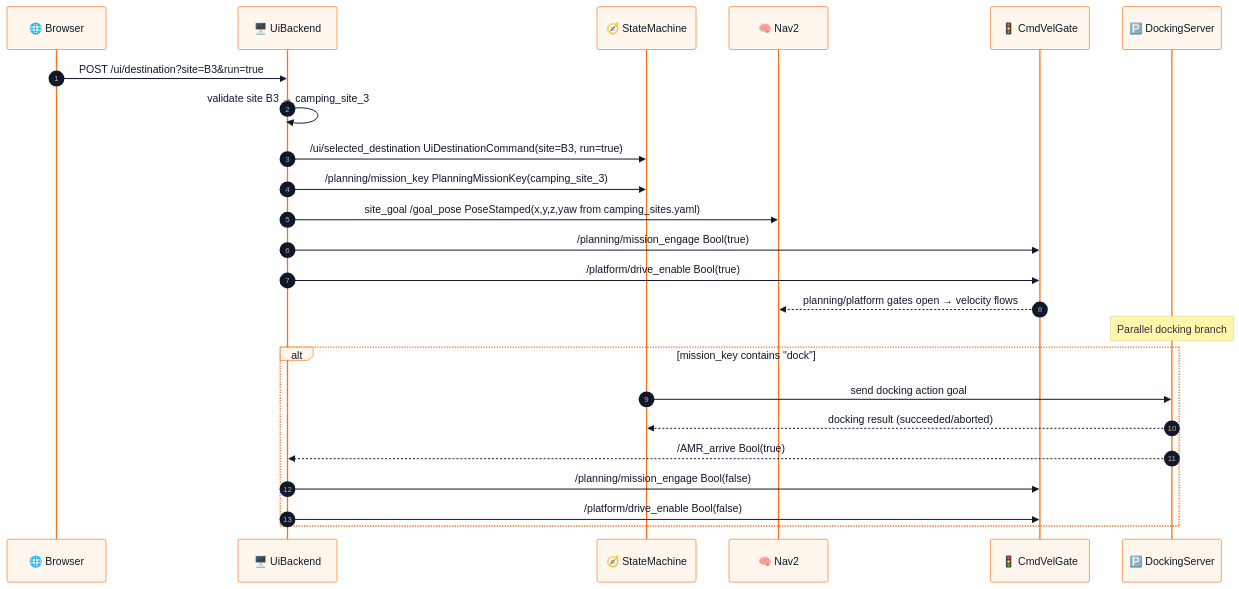
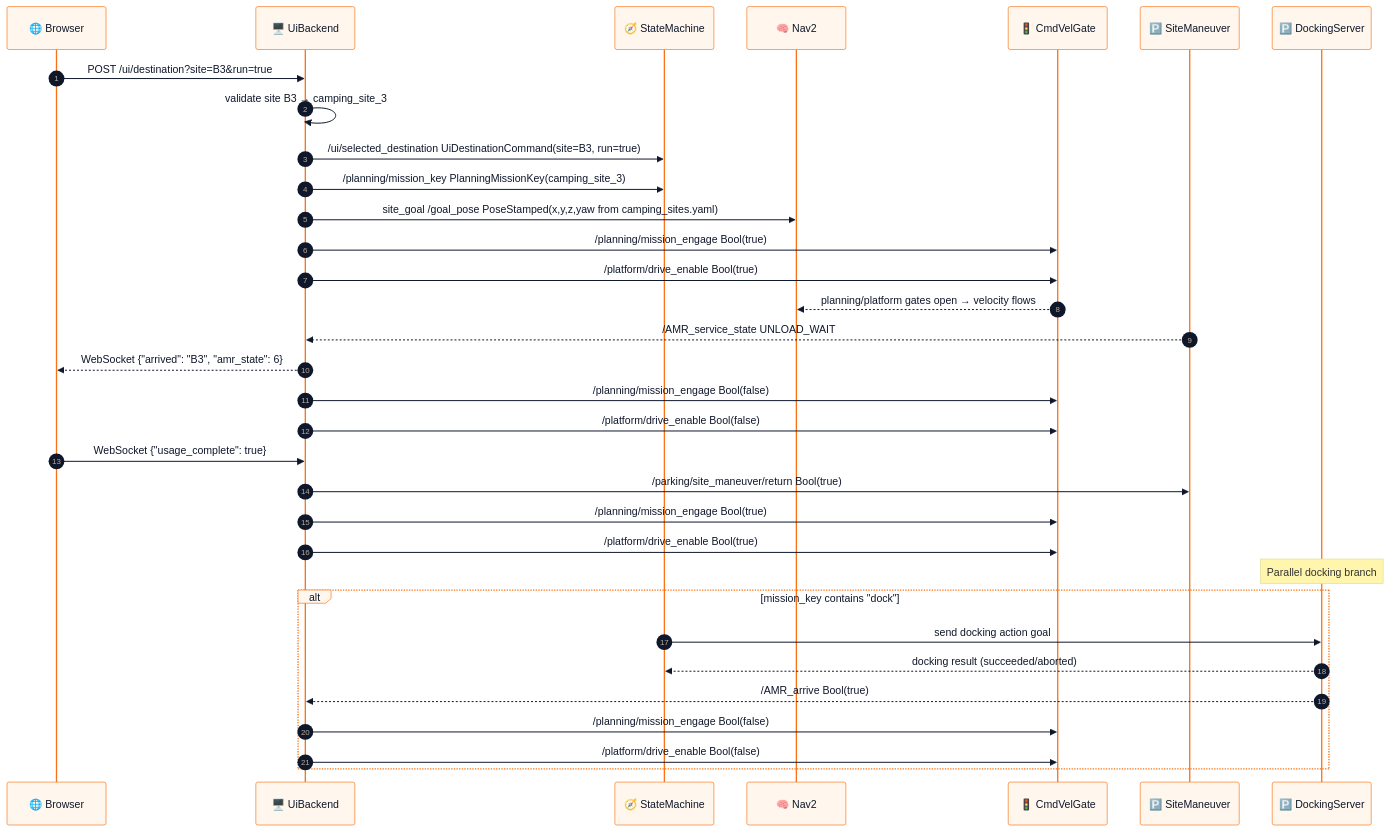
One commit to hwanhonglee/CAMROD changed the third of 5 diagrams in camrod_ui/README.md. Above: the diagram before and after it, drawn with Mermaid. The commit also changed 39 other files, not shown here.

Commit message:
ui: fix campsite return flow and sync configs

````diff
--- a/camrod_ui/README.md
+++ b/camrod_ui/README.md
@@ -127,29 +127,38 @@
 ```mermaid
 %%{init: {'theme': 'base', 'themeVariables': {'fontFamily': 'ui-sans-serif, system-ui, sans-serif', 'fontSize': '14px', 'primaryColor': '#FFF7ED', 'primaryTextColor': '#0F172A', 'primaryBorderColor': '#F97316', 'lineColor': '#475569'}}}%%
 sequenceDiagram
   autonumber
   participant Browser as 🌐 Browser
   participant Backend as 🖥️ UiBackend
   participant SM as 🧭 StateMachine
   participant Nav2 as 🧠 Nav2
   participant Gate as 🚦 CmdVelGate
+  participant Parking as 🅿️ SiteManeuver
   participant Dock as 🅿️ DockingServer
 
   Browser->>Backend: POST /ui/destination?site=B3&run=true
   Backend->>Backend: validate site B3 → camping_site_3
   Backend->>SM: /ui/selected_destination UiDestinationCommand(site=B3, run=true)
   Backend->>SM: /planning/mission_key PlanningMissionKey(camping_site_3)
   Backend->>Nav2: site_goal /goal_pose PoseStamped(x,y,z,yaw from camping_sites.yaml)
   Backend->>Gate: /planning/mission_engage Bool(true)
   Backend->>Gate: /platform/drive_enable Bool(true)
   Gate-->>Nav2: planning/platform gates open → velocity flows
+  Parking-->>Backend: /AMR_service_state UNLOAD_WAIT
+  Backend-->>Browser: WebSocket {"arrived": "B3", "amr_state": 6}
+  Backend->>Gate: /planning/mission_engage Bool(false)
+  Backend->>Gate: /platform/drive_enable Bool(false)
+  Browser->>Backend: WebSocket {"usage_complete": true}
+  Backend->>Parking: /parking/site_maneuver/return Bool(true)
+  Backend->>Gate: /planning/mission_engage Bool(true)
+  Backend->>Gate: /platform/drive_enable Bool(true)
 
   Note over Dock: Parallel docking branch
   alt mission_key contains "dock"
     SM->>Dock: send docking action goal
     Dock-->>SM: docking result (succeeded/aborted)
     Dock-->>Backend: /AMR_arrive Bool(true)
     Backend->>Gate: /planning/mission_engage Bool(false)
     Backend->>Gate: /platform/drive_enable Bool(false)
   end
 ```
````
